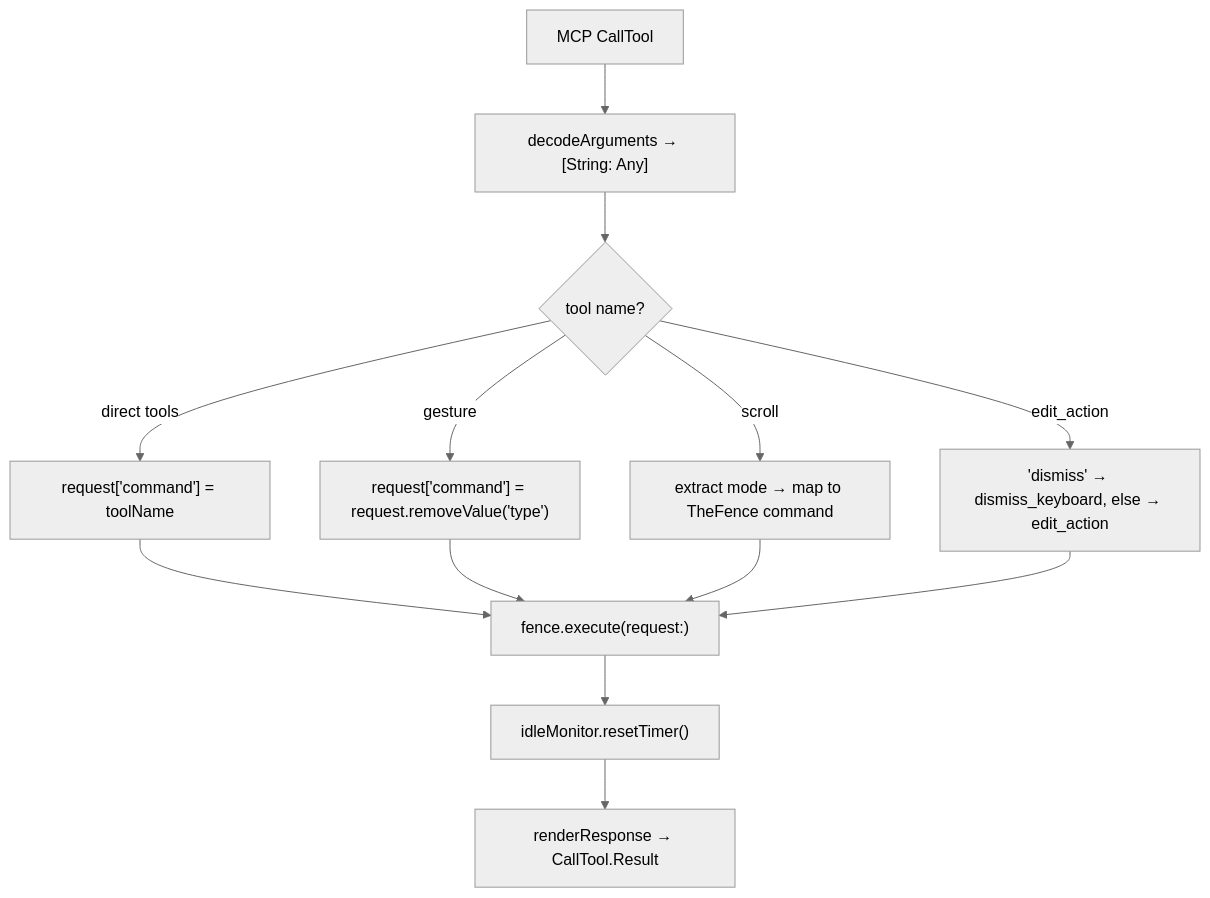
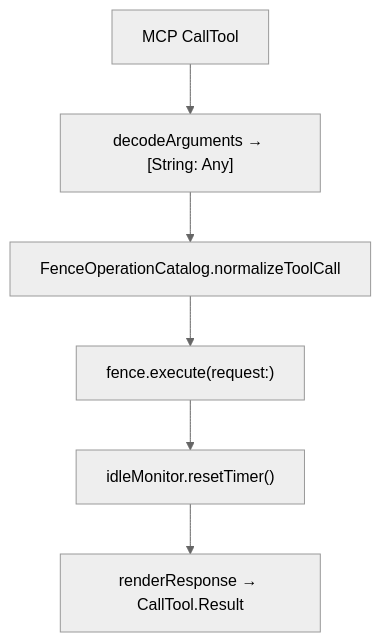
One commit to RoyalPineapple/TheButtonHeist changed the second of 2 diagrams in docs/dossiers/02-MCP.md. Above: the diagram before and after it, drawn with Mermaid (neutral theme). The commit also changed other lines of this file and 34 other files, not shown here.

````diff
--- a/docs/dossiers/02-MCP.md
+++ b/docs/dossiers/02-MCP.md
@@ -92,17 +79,8 @@
 ```mermaid
 flowchart TD
     Call["MCP CallTool"] --> Decode["decodeArguments → [String: Any]"]
-    Decode --> Switch{"tool name?"}
-
-    Switch -->|"direct tools"| Direct["request['command'] = toolName"]
-    Switch -->|"gesture"| Grouped["request['command'] = request.removeValue('type')"]
-    Switch -->|"scroll"| ScrollRoute["extract mode → map to TheFence command"]
-    Switch -->|"edit_action"| EditRoute["'dismiss' → dismiss_keyboard, else → edit_action"]
-
-    Direct --> Execute["fence.execute(request:)"]
-    Grouped --> Execute
-    ScrollRoute --> Execute
-    EditRoute --> Execute
+    Decode --> Normalize["FenceOperationCatalog.normalizeToolCall"]
+    Normalize --> Execute["fence.execute(request:)"]
     Execute --> Reset["idleMonitor.resetTimer()"]
     Reset --> Render["renderResponse → CallTool.Result"]
 ```
````
